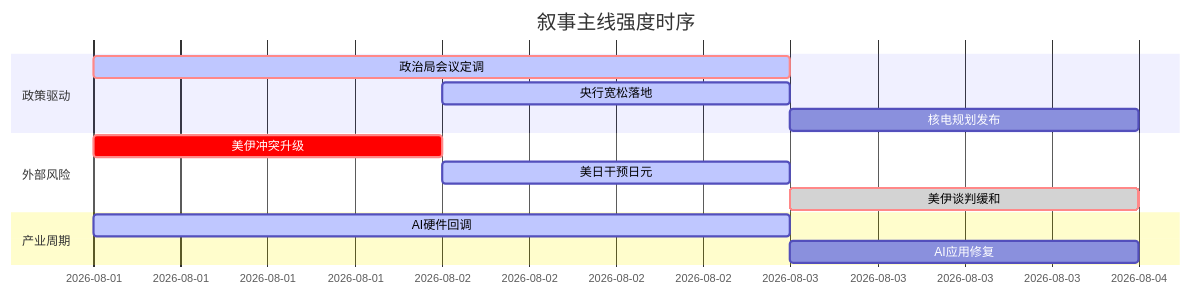
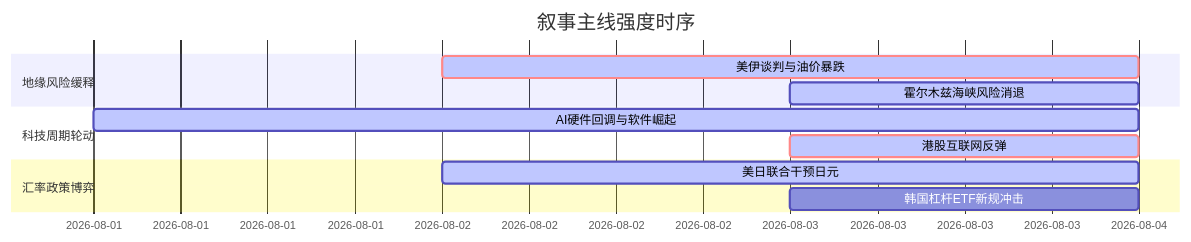
The diagram in 5day_report.md (uu5zn/uu5zn.github.io), drawn with Mermaid before and after one commit. The commit also changed other lines of this file and 20 other files, not shown here.

````diff
--- a/5day_report.md
+++ b/5day_report.md
@@ -58,18 +58,16 @@
 ```mermaid
 gantt
     title 叙事主线强度时序
     dateFormat YYYY-MM-DD
-    section 政策驱动
-    政治局会议定调   :crit, active, 2026-08-01, 2d
-    央行宽松落地     :active, 2026-08-02, 1d
-    核电规划发布     :2026-08-03, 1d
+    section 地缘风险缓释
+    美伊谈判与油价暴跌   :crit, active, 2026-08-02, 2d
+    霍尔木兹海峡风险消退   :active, 2026-08-03, 1d
     
-    section 外部风险
-    美伊冲突升级     :crit, 2026-08-01, 1d
-    美日干预日元     :active, 2026-08-02, 1d
-    美伊谈判缓和     :crit, done, 2026-08-03, 1d
+    section 科技周期轮动
+    AI硬件回调与软件崛起   :active, 2026-08-01, 3d
+    港股互联网反弹   :crit, active, 2026-08-03, 1d
     
-    section 产业周期
-    AI硬件回调       :active, 2026-08-01, 2d
-    AI应用修复       :2026-08-03, 1d
+    section 汇率政策博弈
+    美日联合干预日元   :active, 2026-08-02, 2d
+    韩国杠杆ETF新规冲击   :2026-08-03, 1d
 ```
````
